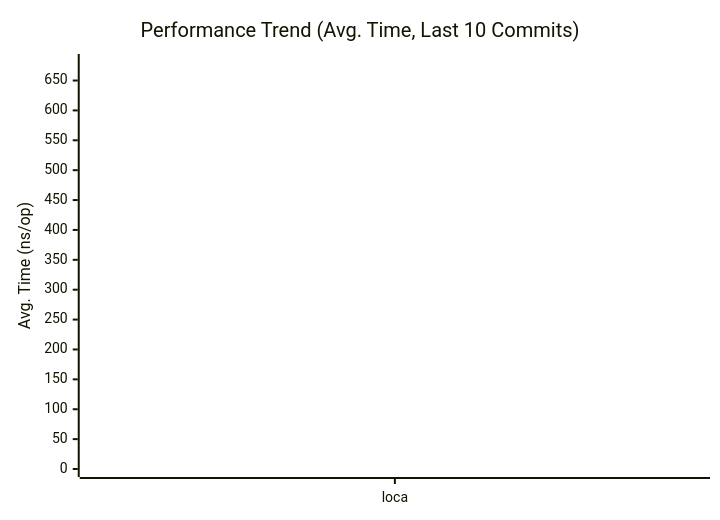
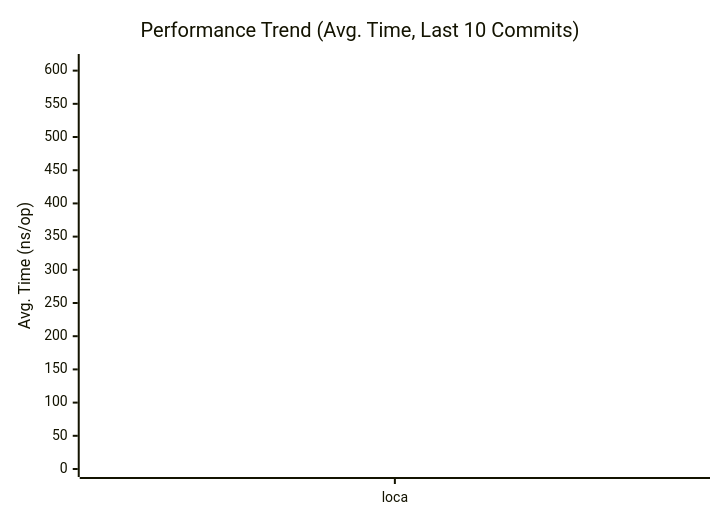
The first of 3 diagrams in docs/PERFORMANCE.md (alsotoes/momo), drawn with Mermaid before and after one commit. The commit also changed other lines of this file and 3 other files, not shown here.

````diff
--- a/docs/PERFORMANCE.md
+++ b/docs/PERFORMANCE.md
@@ -80,16 +80,16 @@
 ```mermaid
 xychart-beta
     title "Performance Trend (Avg. Time, Last 10 Commits)"
     x-axis "Commit"
     y-axis "Avg. Time (ns/op)"
     x-axis [loca]
-    line "CheckMetricsAndSwap" [6,6,6,7,14,7,6,6,7,7]
-    line "CrushOptimized" [260,279,265,295,618,264,255,245,263,280]
-    line "CrushOriginal" [375,388,399,426,831,362,367,368,359,367]
-    line "IndexDirectTracking" [0,0,0,0,1,0,0,0,0,0]
-    line "IndexSearch" [3,2,3,3,4,3,3,3,3,3]
-    line "LoadGlobalConfig" [681,613,619,815,1442,632,613,599,626,637]
-    line "PadString" [2,2,2,2,3,2,2,2,2,2]
+    line "CheckMetricsAndSwap" [6,6,7,14,7,6,6,7,7,6]
+    line "CrushOptimized" [279,265,295,618,264,255,245,263,280,255]
+    line "CrushOriginal" [388,399,426,831,362,367,368,359,367,362]
+    line "IndexDirectTracking" [0,0,0,1,0,0,0,0,0,0]
+    line "IndexSearch" [2,3,3,4,3,3,3,3,3,3]
+    line "LoadGlobalConfig" [613,619,815,1442,632,613,599,626,637,616]
+    line "PadString" [2,2,2,3,2,2,2,2,2,2]
     line "ParseReplicationOrder_NoPrealloc" [350,349,357,354,345,225,229,165,232,234]
     line "ParseReplicationOrder_Prealloc" [229,231,237,234,229,108,107,80,110,109]
 ```
````
